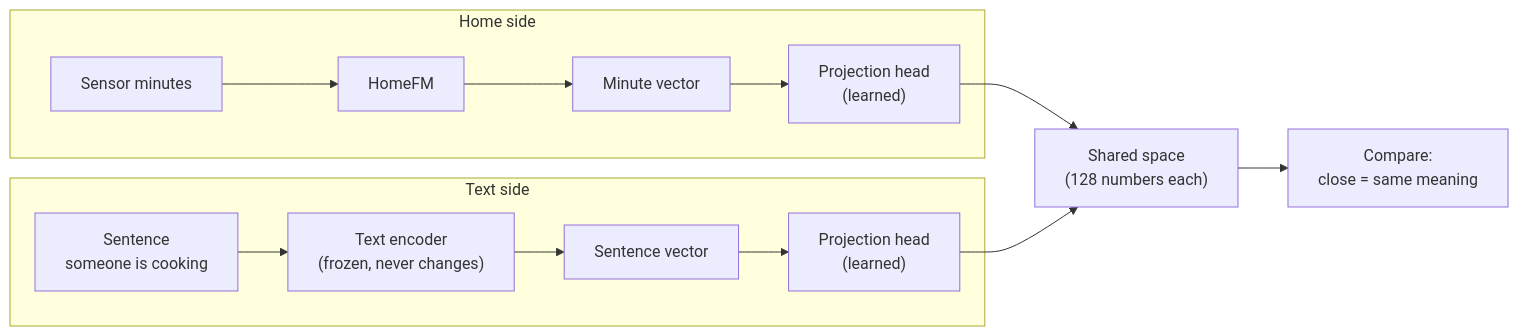
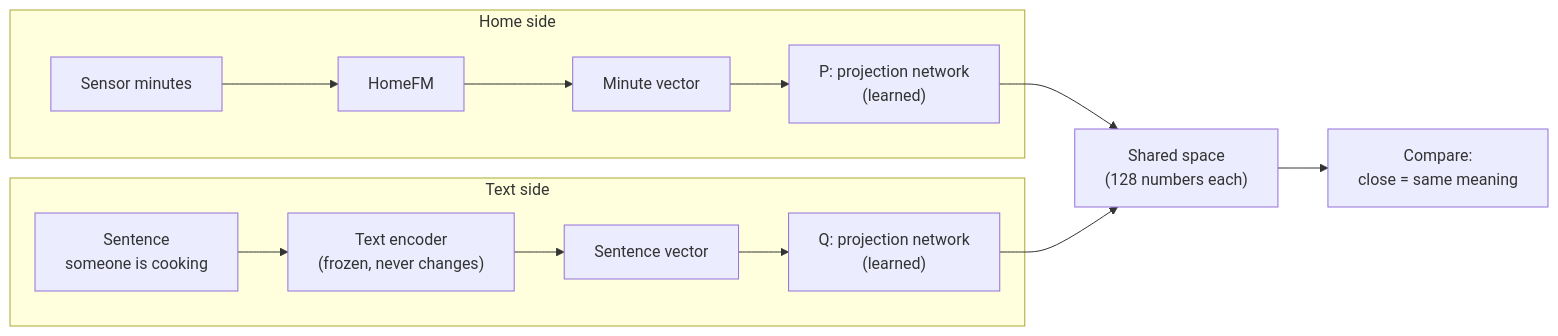
One commit to vishal6042/Foundation-Model changed diagram 18 of 32 in docs/DESIGN.md. Above: the diagram before and after it, drawn with Mermaid. The commit also changed other lines of this file and 2 other files, not shown here.

First line of the commit message:
docs: block diagram image, moment encoder, tagger heads, P/Q, both-ends trick; record 77-home DomusFM results

````diff
--- a/docs/DESIGN.md
+++ b/docs/DESIGN.md
@@ -1676,12 +1769,12 @@
 ```mermaid
 flowchart LR
     subgraph HOME["Home side"]
-        M["Sensor minutes"] --> HFM["HomeFM"] --> MV["Minute vector"] --> PH["Projection head<br/>(learned)"]
+        M["Sensor minutes"] --> HFM["HomeFM"] --> MV["Minute vector"] --> PH["P: projection network<br/>(learned)"]
     end
     subgraph TEXT["Text side"]
-        S["Sentence<br/>someone is cooking"] --> TE["Text encoder<br/>(frozen, never changes)"] --> TV["Sentence vector"] --> PT["Projection head<br/>(learned)"]
+        S["Sentence<br/>someone is cooking"] --> TE["Text encoder<br/>(frozen, never changes)"] --> TV["Sentence vector"] --> PT["Q: projection network<br/>(learned)"]
     end
     PH --> SP["Shared space<br/>(128 numbers each)"]
     PT --> SP
     SP --> CMP["Compare:<br/>close = same meaning"]
 ```
````
